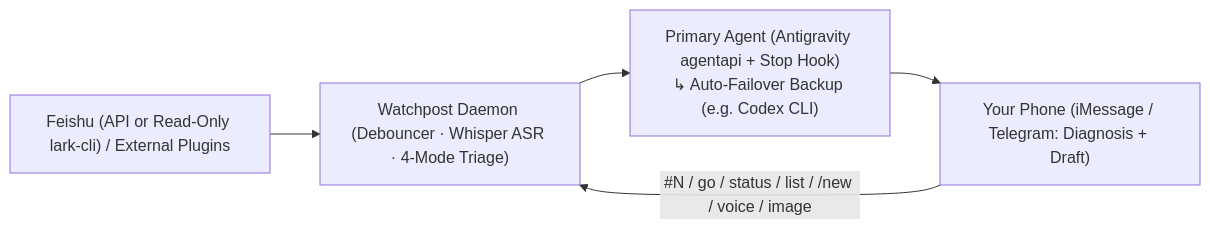
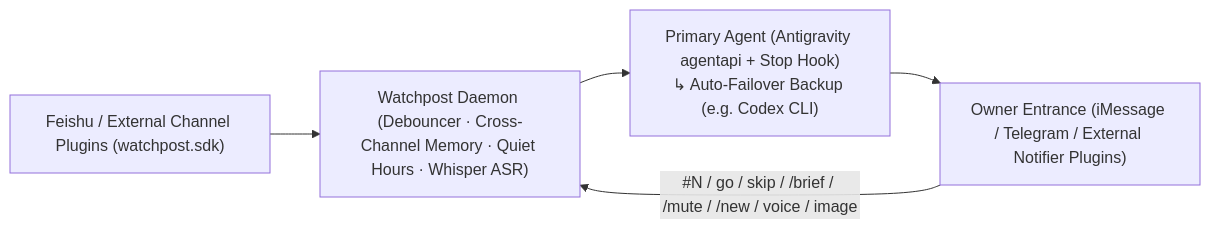
Before and after one commit to Popcornnnnnnnn/watchpost: the diagram in README.md, drawn with Mermaid. The commit also changed other lines of this file and 14 other files, not shown here.

Commit message:
Add ExternalCommandNotifier, watchpost.sdk, plugins CLI, and interactive setup wizard

````diff
--- a/README.md
+++ b/README.md
@@ -8,7 +8,7 @@
 ```mermaid
 flowchart LR
-    A["Feishu (API or Read-Only lark-cli) / External Plugins"] --> B["Watchpost Daemon (Debouncer · Whisper ASR · 4-Mode Triage)"]
+    A["Feishu / External Channel Plugins (watchpost.sdk)"] --> B["Watchpost Daemon (Debouncer · Cross-Channel Memory · Quiet Hours · Whisper ASR)"]
     B --> C["Primary Agent (Antigravity agentapi + Stop Hook)\n↳ Auto-Failover Backup (e.g. Codex CLI)"]
-    C --> D["Your Phone (iMessage / Telegram: Diagnosis + Draft)"]
-    D -->|"#N / go / status / list / /new / voice / image"| B
+    C --> D["Owner Entrance (iMessage / Telegram / External Notifier Plugins)"]
+    D -->|"#N / go / skip / /brief / /mute / /new / voice / image"| B
 ```
````
